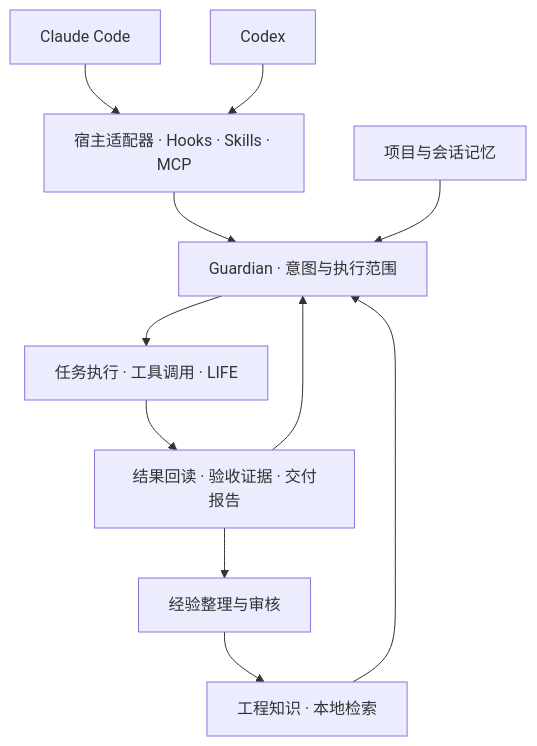
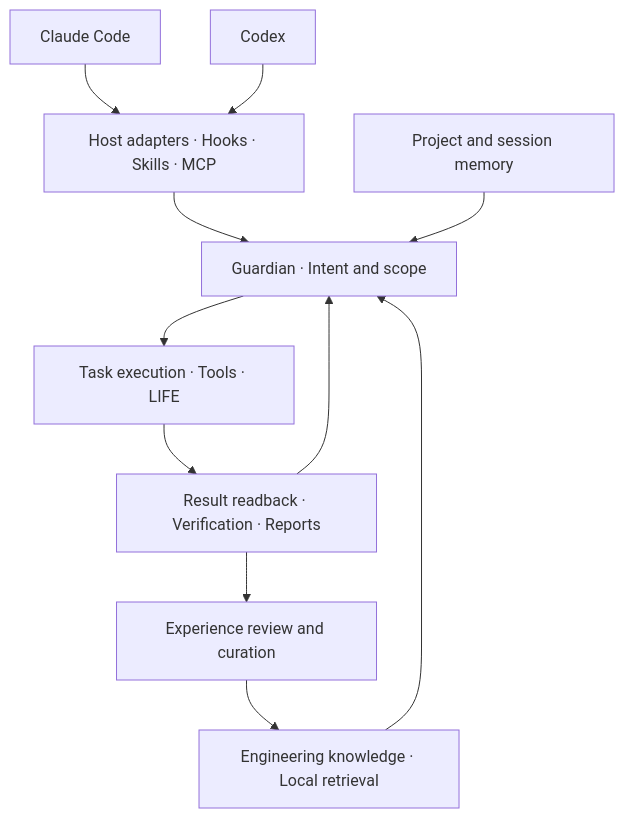
One commit to EthanReedLabs/sulde changed the diagram in README.md. Above: the diagram before and after it, drawn with Mermaid. The commit also changed other lines of this file and 9 other files, not shown here.

````diff
--- a/README.md
+++ b/README.md
@@ -42,13 +48,13 @@
 ```mermaid
 flowchart TB
-    Claude[Claude Code] --> Adapters[宿主适配器 · Hooks · Skills · MCP]
+    Claude[Claude Code] --> Adapters[Host adapters · Hooks · Skills · MCP]
     Codex[Codex] --> Adapters
-    Adapters --> Guardian[Guardian · 意图与执行范围]
-    Guardian --> Execution[任务执行 · 工具调用 · LIFE]
-    Execution --> Evidence[结果回读 · 验收证据 · 交付报告]
+    Adapters --> Guardian[Guardian · Intent and scope]
+    Guardian --> Execution[Task execution · Tools · LIFE]
+    Execution --> Evidence[Result readback · Verification · Reports]
     Evidence --> Guardian
-    Knowledge[工程知识 · 本地检索] --> Guardian
-    Memory[项目与会话记忆] --> Guardian
-    Evidence --> Review[经验整理与审核]
+    Knowledge[Engineering knowledge · Local retrieval] --> Guardian
+    Memory[Project and session memory] --> Guardian
+    Evidence --> Review[Experience review and curation]
     Review --> Knowledge
 ```
````
